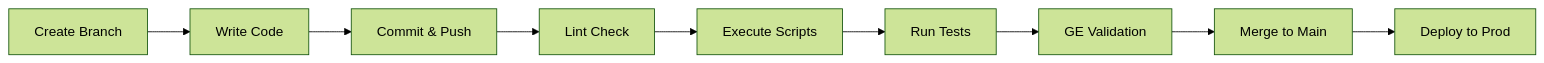
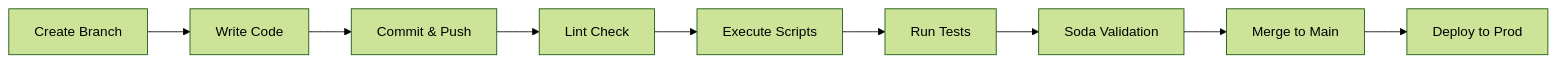
One commit to jmartinezgranados/conveyor changed the diagram in README.md. Above: the diagram before and after it, drawn with Mermaid (forest theme). The commit also changed other lines of this file and 11 other files, not shown here.

````diff
--- a/README.md
+++ b/README.md
@@ -156,11 +156,11 @@
 ```mermaid
 graph LR
     A[Create Branch] --> B[Write Code]
     B --> C[Commit & Push]
     C --> D[Lint Check]
     D --> E[Execute Scripts]
     E --> F[Run Tests]
     F --> G[GE Validation]
-    G --> H[Merge to Main]
+    G[Soda Validation] --> H[Merge to Main]
     H --> I[Deploy to Prod]
 ```
````
